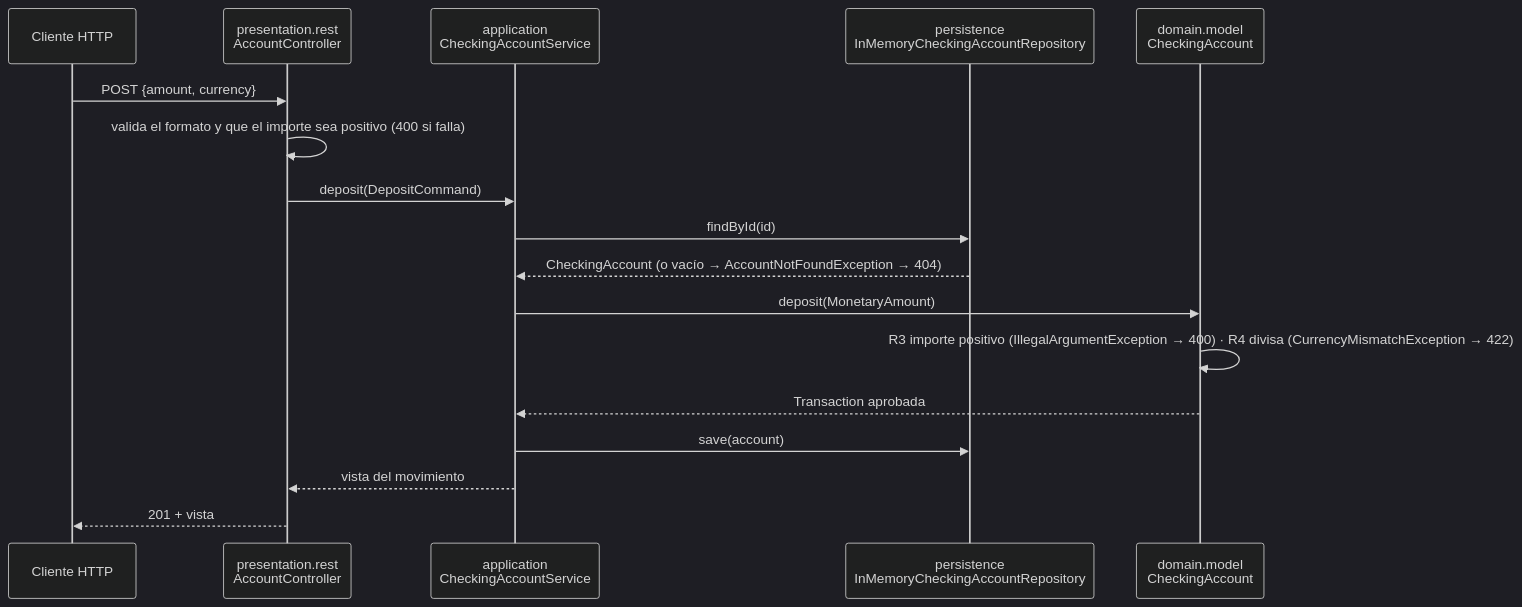
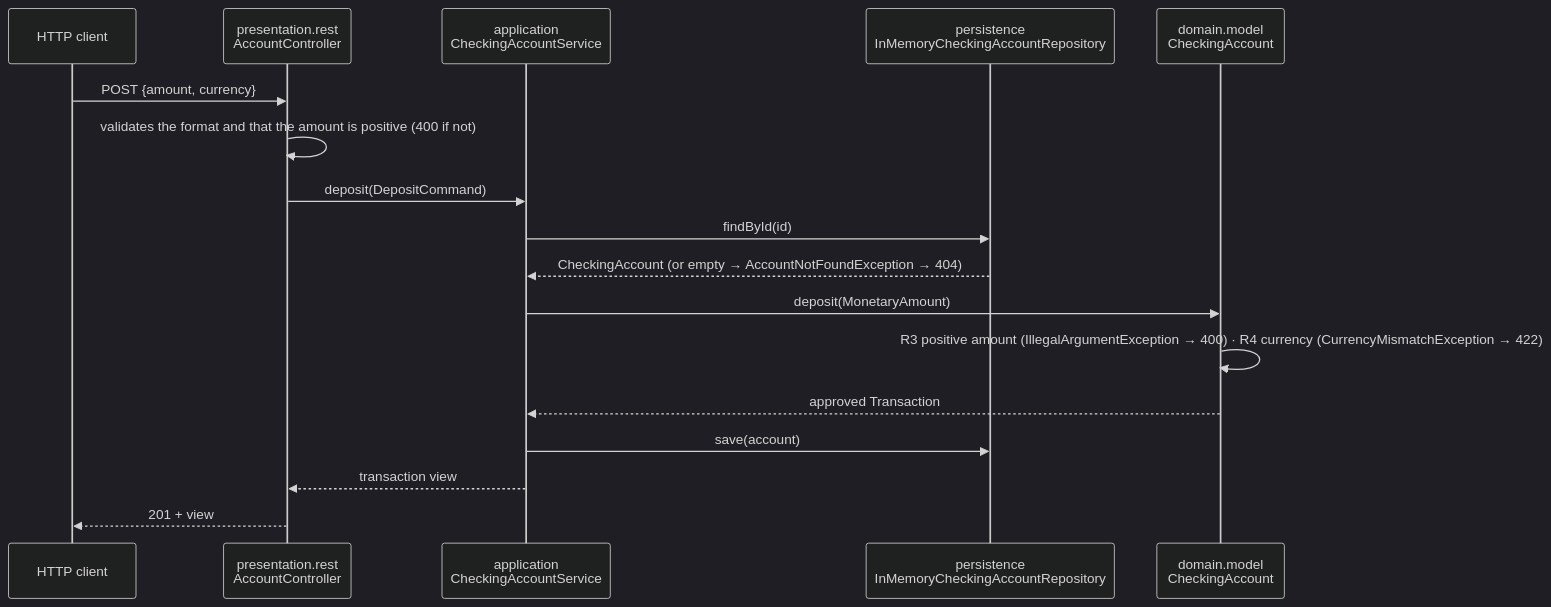
The second of 2 diagrams in docs/arquitectura/fase-1-capas.md (dawnrock/Proyect-DDD-Claude), drawn with Mermaid (dark theme) before and after one commit. The commit also changed other lines of this file and 1 other file, not shown here.

````diff
--- a/docs/arquitectura/fase-1-capas.md
+++ b/docs/arquitectura/fase-1-capas.md
@@ -45,19 +63,19 @@
 ```mermaid
 sequenceDiagram
-    participant C as Cliente HTTP
+    participant C as HTTP client
     participant RC as presentation.rest<br/>AccountController
     participant AS as application<br/>CheckingAccountService
     participant RP as persistence<br/>InMemoryCheckingAccountRepository
     participant AG as domain.model<br/>CheckingAccount
     C->>RC: POST {amount, currency}
-    RC->>RC: valida el formato y que el importe sea positivo (400 si falla)
+    RC->>RC: validates the format and that the amount is positive (400 if not)
     RC->>AS: deposit(DepositCommand)
     AS->>RP: findById(id)
-    RP-->>AS: CheckingAccount (o vacío → AccountNotFoundException → 404)
+    RP-->>AS: CheckingAccount (or empty → AccountNotFoundException → 404)
     AS->>AG: deposit(MonetaryAmount)
-    AG->>AG: R3 importe positivo (IllegalArgumentException → 400) · R4 divisa (CurrencyMismatchException → 422)
-    AG-->>AS: Transaction aprobada
+    AG->>AG: R3 positive amount (IllegalArgumentException → 400) · R4 currency (CurrencyMismatchException → 422)
+    AG-->>AS: approved Transaction
     AS->>RP: save(account)
-    AS-->>RC: vista del movimiento
-    RC-->>C: 201 + vista
+    AS-->>RC: transaction view
+    RC-->>C: 201 + view
 ```
````
